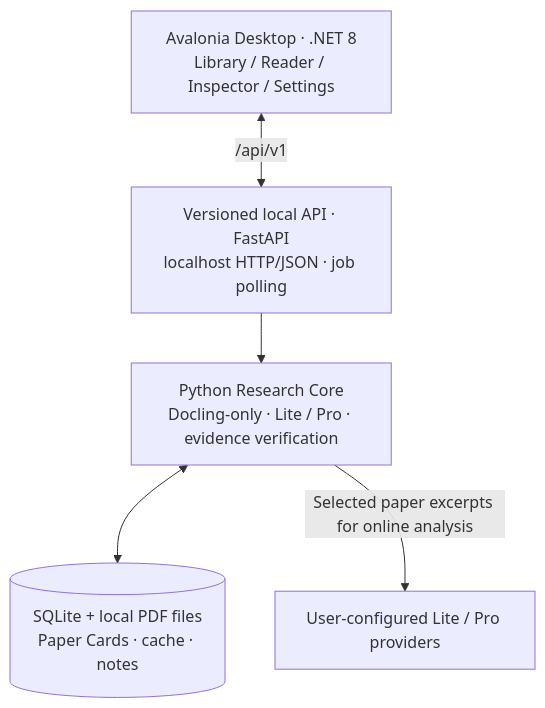
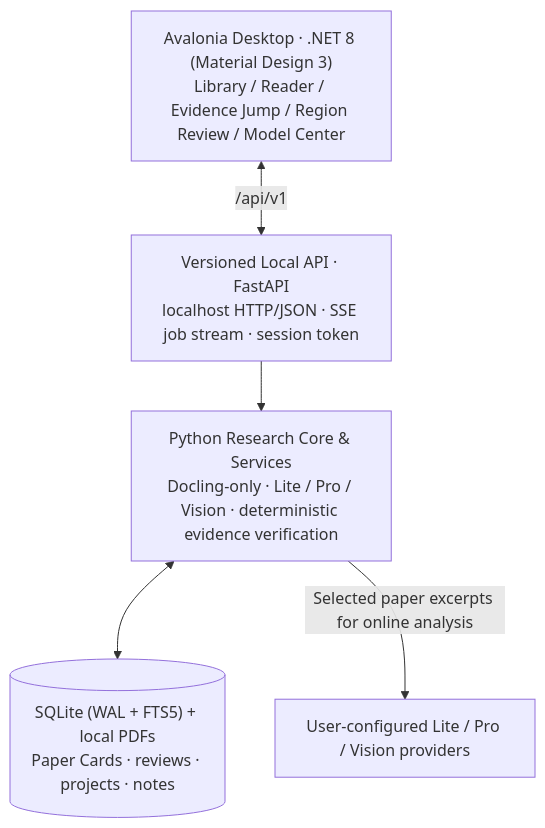
Before and after one commit to daseinzc-509/social-science-research-ide: the diagram in README.md, drawn with Mermaid. The commit also changed other lines of this file and 110 other files, not shown here.

````diff
--- a/README.md
+++ b/README.md
@@ -140,12 +133,12 @@
 ```mermaid
 flowchart TB
-    UI["Avalonia Desktop · .NET 8<br/>Library / Reader / Inspector / Settings"]
-    API["Versioned local API · FastAPI<br/>localhost HTTP/JSON · job polling"]
-    ENGINE["Python Research Core<br/>Docling-only · Lite / Pro · evidence verification"]
-    STORE[("SQLite + local PDF files<br/>Paper Cards · cache · notes")]
-    LLM["User-configured Lite / Pro providers"]
+    UI["Avalonia Desktop · .NET 8 (Material Design 3)<br/>Library / Reader / Evidence Jump / Region Review / Model Center"]
+    API["Versioned Local API · FastAPI<br/>localhost HTTP/JSON · SSE job stream · session token"]
+    ENGINE["Python Research Core & Services<br/>Docling-only · Lite / Pro / Vision · deterministic evidence verification"]
+    STORE[("SQLite (WAL + FTS5) + local PDFs<br/>Paper Cards · reviews · projects · notes")]
+    LLM["User-configured Lite / Pro / Vision providers"]
     UI <-->|"/api/v1"| API
     API --> ENGINE
     ENGINE <--> STORE
     ENGINE -->|"Selected paper excerpts for online analysis"| LLM
 ```
````
